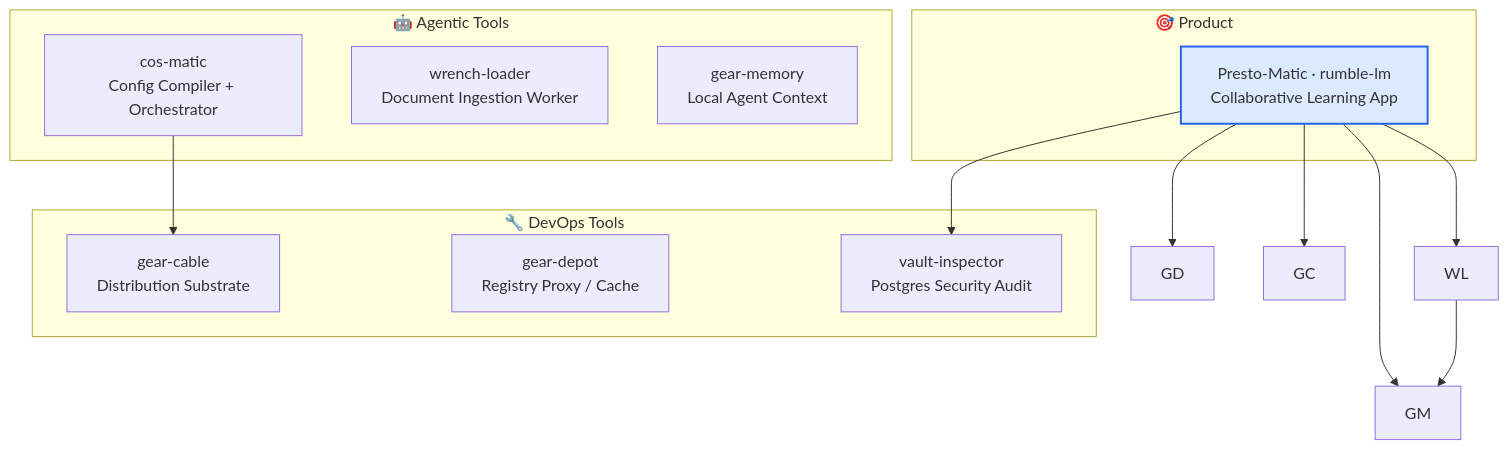
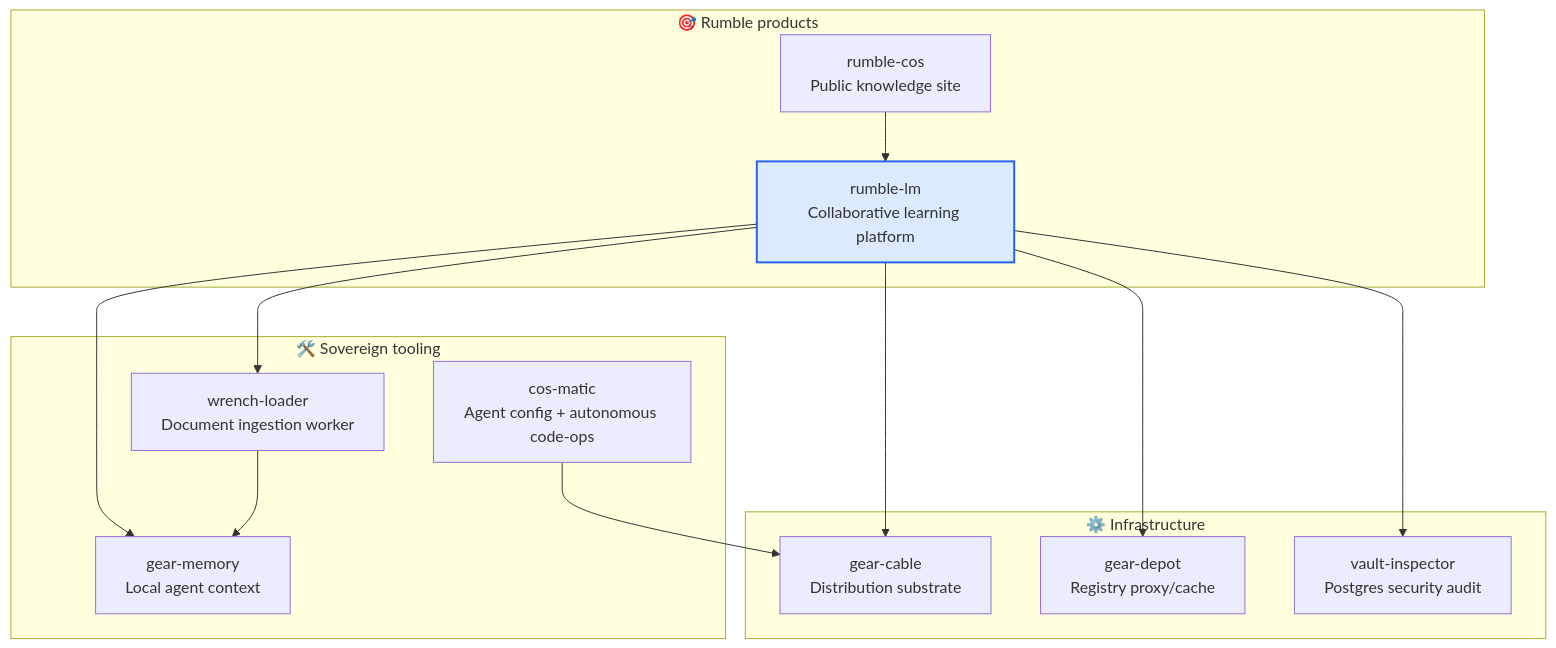
The diagram in README.md (constantin-jais/Rumble-LM), drawn with Mermaid before and after one commit. The commit also changed other lines of this file and 2 other files, not shown here.

Commit message:
docs: update README branding

````diff
--- a/README.md
+++ b/README.md
@@ -17,24 +17,26 @@
 ```mermaid
 graph TB
-    subgraph product["🎯 Product"]
-        RL["Presto-Matic · rumble-lm<br/>Collaborative Learning App"]
+    subgraph products["🎯 Rumble products"]
+        RL["rumble-lm<br/>Collaborative learning platform"]
+        RC["rumble-cos<br/>Public knowledge site"]
     end
-    subgraph agentic["🤖 Agentic Tools"]
-        cosmatic["cos-matic<br/>Config Compiler + Orchestrator"]
-        DL["wrench-loader<br/>Document Ingestion Worker"]
-        MC["gear-memory<br/>Local Agent Context"]
+    subgraph tools["🛠️ Sovereign tooling"]
+        CM["cos-matic<br/>Agent config + autonomous code-ops"]
+        WL["wrench-loader<br/>Document ingestion worker"]
+        GM["gear-memory<br/>Local agent context"]
     end
-    subgraph devops["🔧 DevOps Tools"]
-        LC["gear-cable<br/>Distribution Substrate"]
-        SD["gear-depot<br/>Registry Proxy / Cache"]
-        VI["vault-inspector<br/>Postgres Security Audit"]
+    subgraph infra["⚙️ Infrastructure"]
+        GC["gear-cable<br/>Distribution substrate"]
+        GD["gear-depot<br/>Registry proxy/cache"]
+        VI["vault-inspector<br/>Postgres security audit"]
     end
     RL --> WL
     RL --> GM
     RL --> VI
     RL --> GD
     RL --> GC
-    cosmatic --> LC
+    RC --> RL
+    CM --> GC
     WL --> GM
     style RL fill:#dbeafe,stroke:#2563eb,stroke-width:2px
 ```
````
